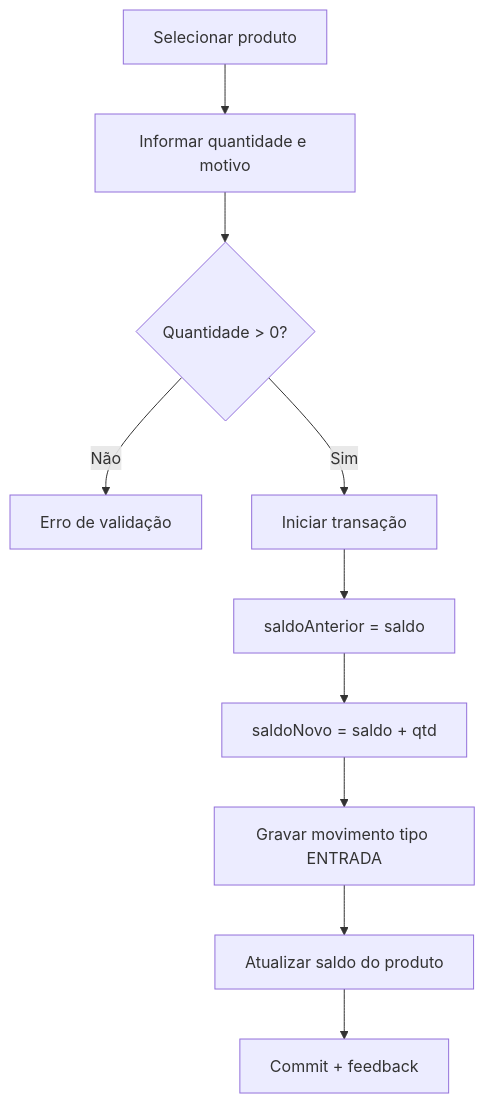
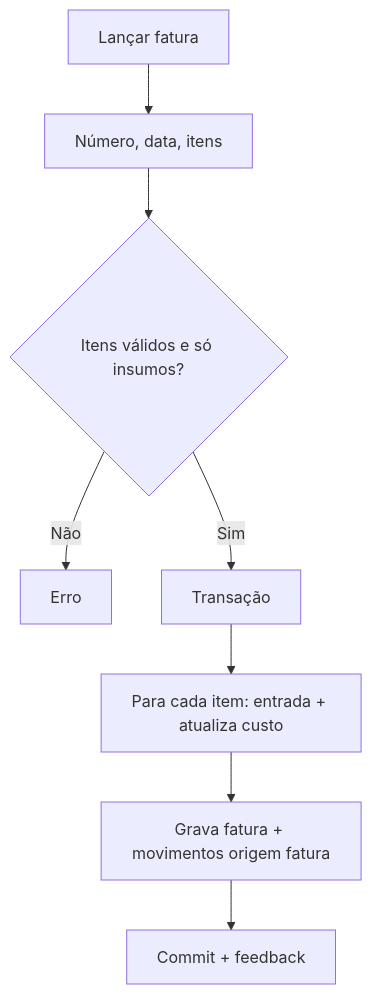
One commit to CunhaSilva-CCS/controleEstoque changed the third of 4 diagrams in docs/FLUXOS.md. Above: the diagram before and after it, drawn with Mermaid. The commit also changed other lines of this file and 58 other files, not shown here.

````diff
--- a/docs/FLUXOS.md
+++ b/docs/FLUXOS.md
@@ -119,12 +128,10 @@
 ```mermaid
 flowchart TD
-  A[Selecionar produto] --> B[Informar quantidade e motivo]
-  B --> C{Quantidade > 0?}
-  C -->|Não| D[Erro de validação]
-  C -->|Sim| E[Iniciar transação]
-  E --> F[saldoAnterior = saldo]
-  F --> G[saldoNovo = saldo + qtd]
-  G --> H[Gravar movimento tipo ENTRADA]
-  H --> I[Atualizar saldo do produto]
-  I --> J[Commit + feedback]
+  A[Lançar fatura] --> B[Número, data, itens]
+  B --> C{Itens válidos e só insumos?}
+  C -->|Não| D[Erro]
+  C -->|Sim| E[Transação]
+  E --> F[Para cada item: entrada + atualiza custo]
+  F --> G[Grava fatura + movimentos origem fatura]
+  G --> H[Commit + feedback]
 ```
````
